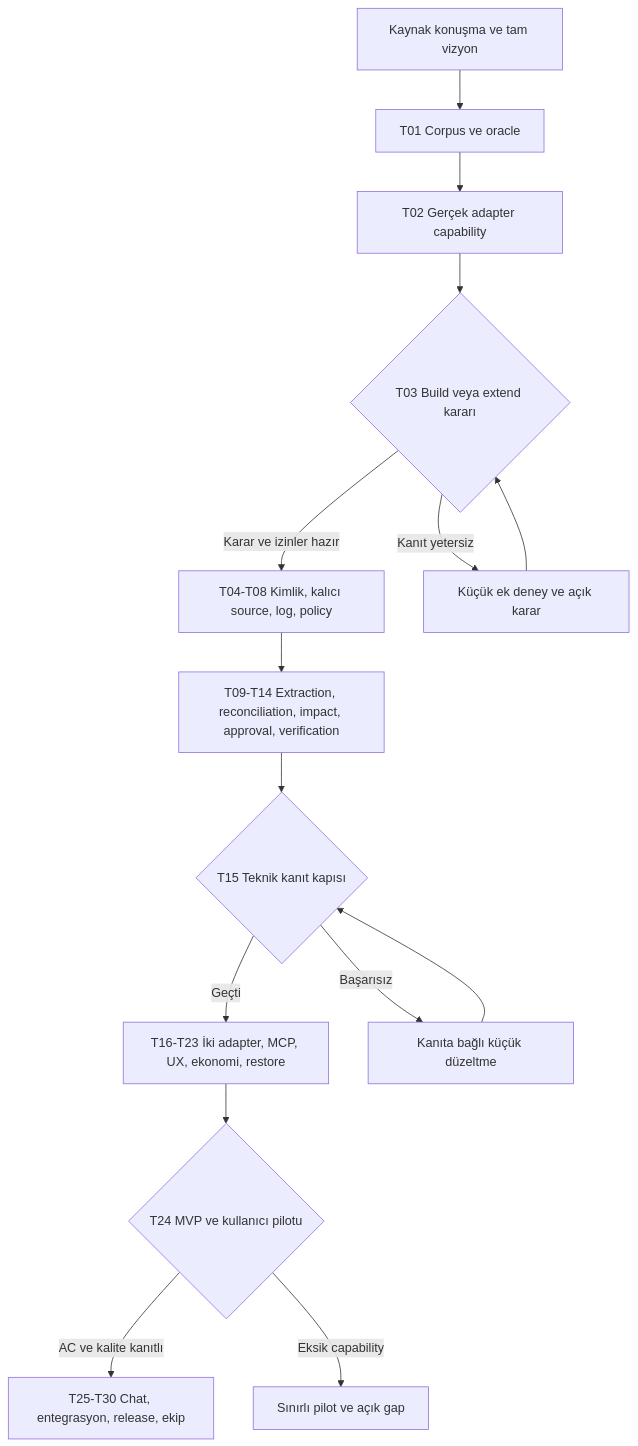
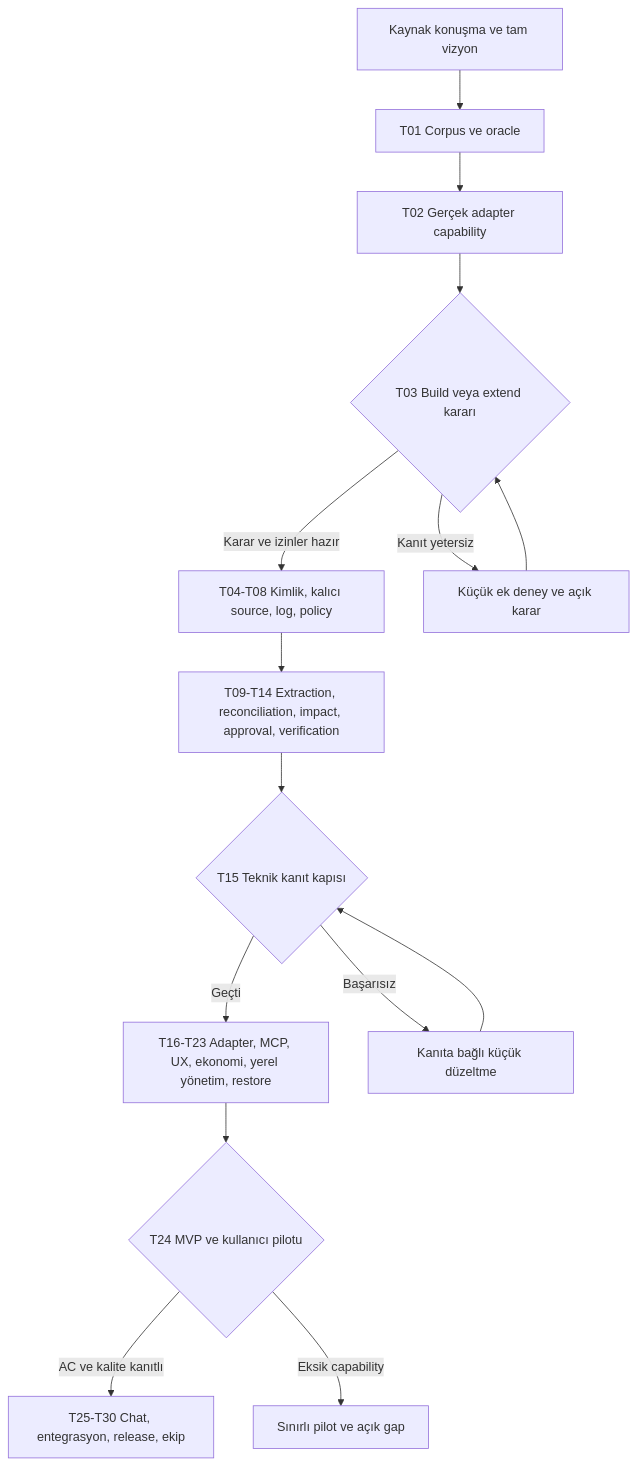
The second of 2 diagrams in ROADMAP.md (alphanAkbulut/decivora), drawn with Mermaid before and after one commit. The commit also changed other lines of this file and 15 other files, not shown here.

Commit message:
docs: align diagrams and define administration and operations

````diff
--- a/ROADMAP.md
+++ b/ROADMAP.md
@@ -25,17 +25,17 @@
 ```mermaid
 flowchart TB
     S[Kaynak konuşma ve tam vizyon] --> C[T01 Corpus ve oracle]
     C --> A[T02 Gerçek adapter capability]
     A --> D{T03 Build veya extend kararı}
     D -->|Karar ve izinler hazır| CORE[T04-T08 Kimlik, kalıcı source, log, policy]
     D -->|Kanıt yetersiz| EXP[Küçük ek deney ve açık karar]
     EXP --> D
     CORE --> INT[T09-T14 Extraction, reconciliation, impact, approval, verification]
     INT --> G{T15 Teknik kanıt kapısı}
-    G -->|Geçti| MVP[T16-T23 İki adapter, MCP, UX, ekonomi, restore]
+    G -->|Geçti| MVP[T16-T23 Adapter, MCP, UX, ekonomi, yerel yönetim, restore]
     G -->|Başarısız| FIX[Kanıta bağlı küçük düzeltme]
     FIX --> G
     MVP --> PILOT{T24 MVP ve kullanıcı pilotu}
     PILOT -->|AC ve kalite kanıtlı| NEXT[T25-T30 Chat, entegrasyon, release, ekip]
     PILOT -->|Eksik capability| LIMITED[Sınırlı pilot ve açık gap]
 ```
````
